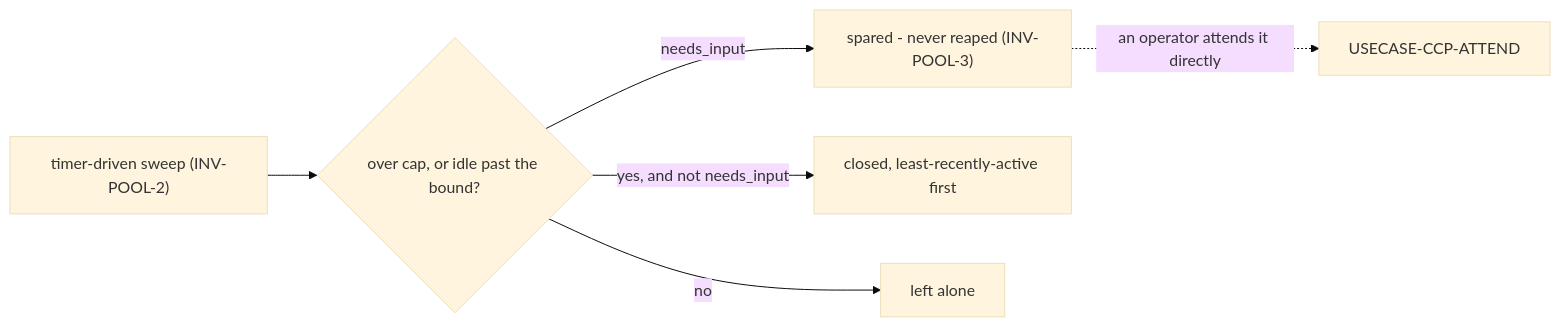
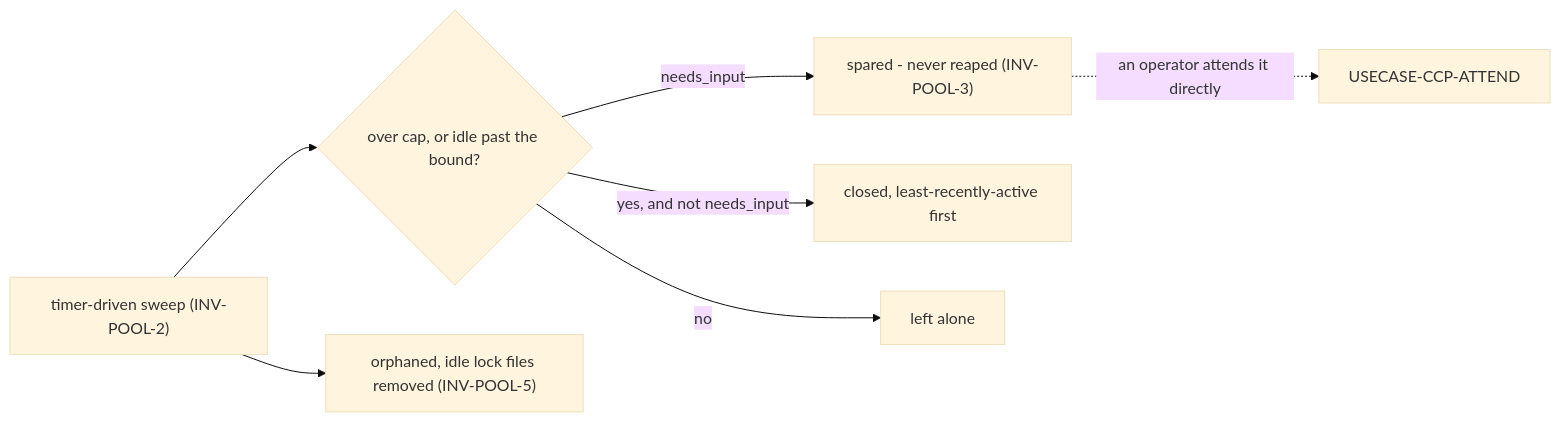
Before and after one commit to phillipgreenii/nix-agent-support: the third of 3 diagrams in packages/ccpool/docs/behavior/journeys.md, drawn with Mermaid (base theme). The commit also changed other lines of this file and 13 other files, not shown here.

First line of the commit message:
feat(ccpool): garbage-collect orphaned lock files in pool and handler lock dirs (pg2-bjhoq)

````diff
--- a/packages/ccpool/docs/behavior/journeys.md
+++ b/packages/ccpool/docs/behavior/journeys.md
@@ -199,8 +199,9 @@
 ```mermaid
 flowchart LR
     T["timer-driven sweep (INV-POOL-2)"] --> C{"over cap, or idle past the bound?"}
     C -->|"needs_input"| SPARE["spared - never reaped (INV-POOL-3)"]
     C -->|"yes, and not needs_input"| CLOSE["closed, least-recently-active first"]
     C -->|"no"| LEAVE["left alone"]
+    T --> L["orphaned, idle lock files removed (INV-POOL-5)"]
     SPARE -.->|"an operator attends it directly"| ATTEND["USECASE-CCP-ATTEND"]
 ```
````
